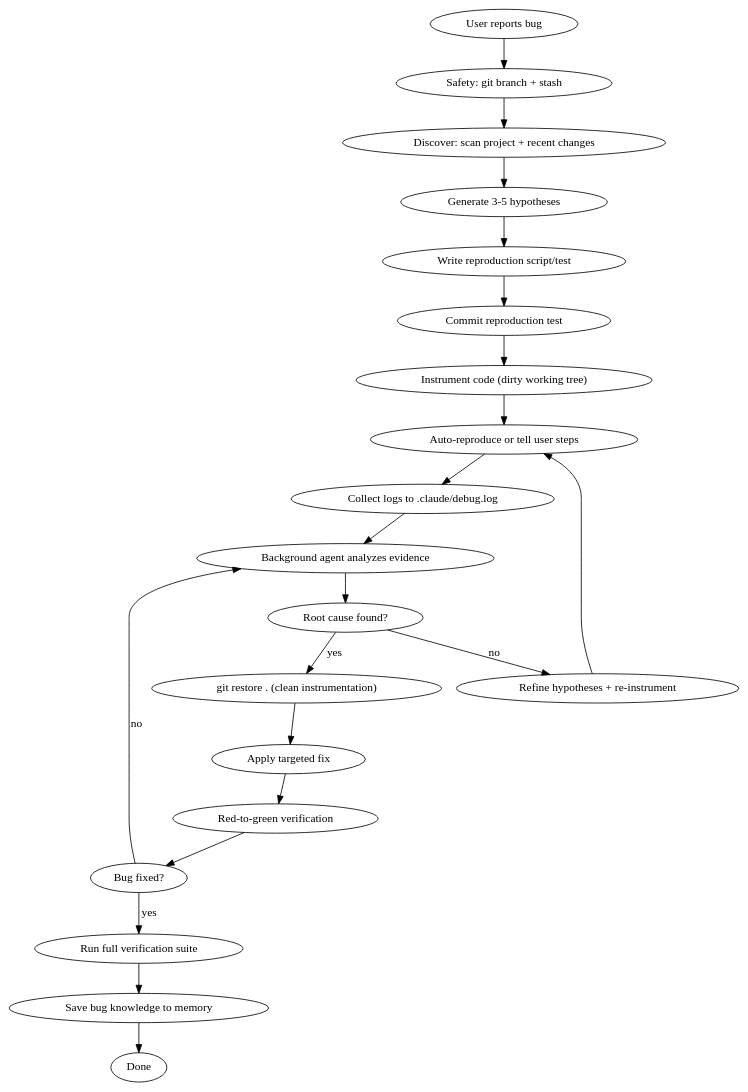
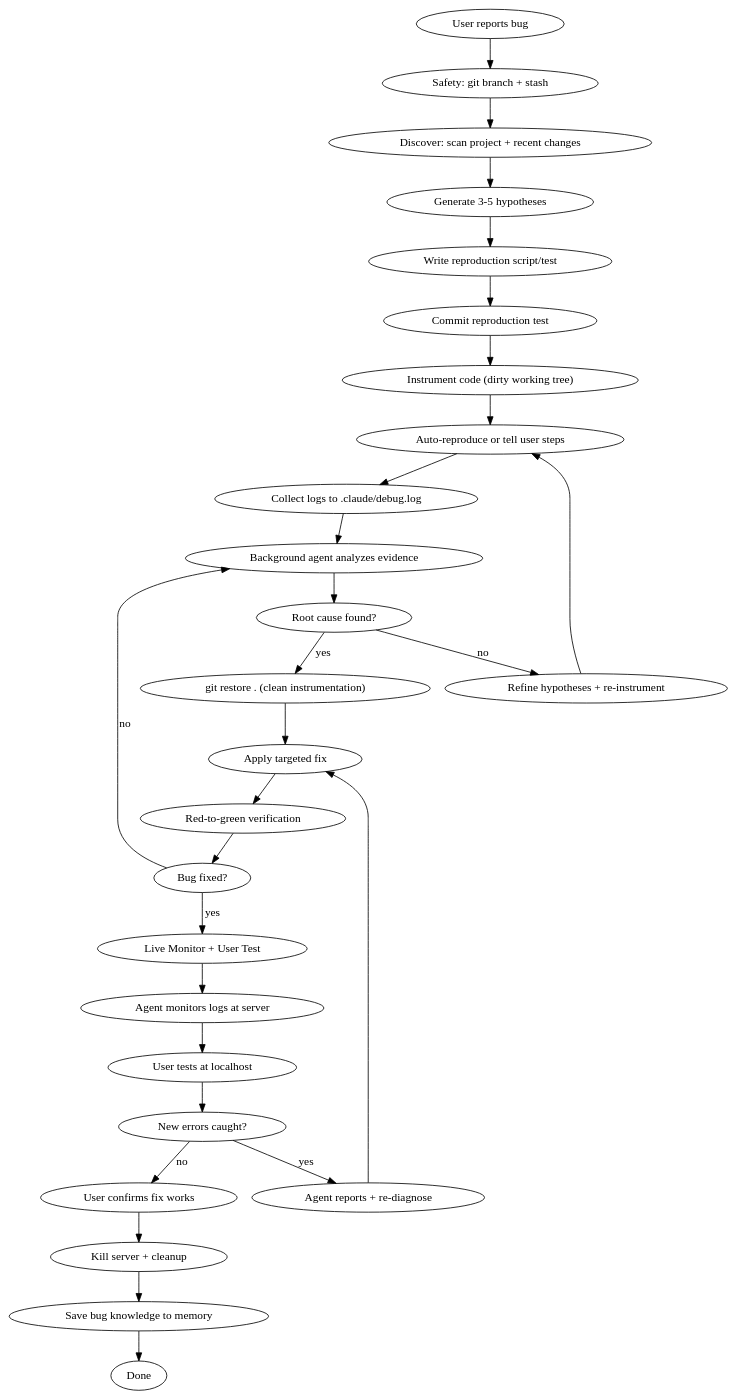
The diagram in skills/debugmode/SKILL.md (ChiFungHillmanChan/shipwright), drawn with Graphviz before and after one commit. The commit also changed other lines of this file and 1 other file, not shown here.

First line of the commit message:
Add Phase 9: Live Monitoring + User Testing to debugmode

````diff
--- a/skills/debugmode/SKILL.md
+++ b/skills/debugmode/SKILL.md
@@ -26,25 +26,32 @@
 ```dot
 digraph debugmode {
   rankdir=TB;
   "User reports bug" -> "Safety: git branch + stash";
   "Safety: git branch + stash" -> "Discover: scan project + recent changes";
   "Discover: scan project + recent changes" -> "Generate 3-5 hypotheses";
   "Generate 3-5 hypotheses" -> "Write reproduction script/test";
   "Write reproduction script/test" -> "Commit reproduction test";
   "Commit reproduction test" -> "Instrument code (dirty working tree)";
   "Instrument code (dirty working tree)" -> "Auto-reproduce or tell user steps";
   "Auto-reproduce or tell user steps" -> "Collect logs to .claude/debug.log";
   "Collect logs to .claude/debug.log" -> "Background agent analyzes evidence";
   "Background agent analyzes evidence" -> "Root cause found?";
   "Root cause found?" -> "git restore . (clean instrumentation)" [label="yes"];
   "Root cause found?" -> "Refine hypotheses + re-instrument" [label="no"];
   "Refine hypotheses + re-instrument" -> "Auto-reproduce or tell user steps";
   "git restore . (clean instrumentation)" -> "Apply targeted fix";
   "Apply targeted fix" -> "Red-to-green verification";
   "Red-to-green verification" -> "Bug fixed?";
-  "Bug fixed?" -> "Run full verification suite" [label="yes"];
+  "Bug fixed?" -> "Live Monitor + User Test" [label="yes"];
   "Bug fixed?" -> "Background agent analyzes evidence" [label="no"];
-  "Run full verification suite" -> "Save bug knowledge to memory";
+  "Live Monitor + User Test" -> "Agent monitors logs at server";
+  "Agent monitors logs at server" -> "User tests at localhost";
+  "User tests at localhost" -> "New errors caught?";
+  "New errors caught?" -> "Agent reports + re-diagnose" [label="yes"];
+  "Agent reports + re-diagnose" -> "Apply targeted fix";
+  "New errors caught?" -> "User confirms fix works" [label="no"];
+  "User confirms fix works" -> "Kill server + cleanup";
+  "Kill server + cleanup" -> "Save bug knowledge to memory";
   "Save bug knowledge to memory" -> "Done";
 }
 ```
````
